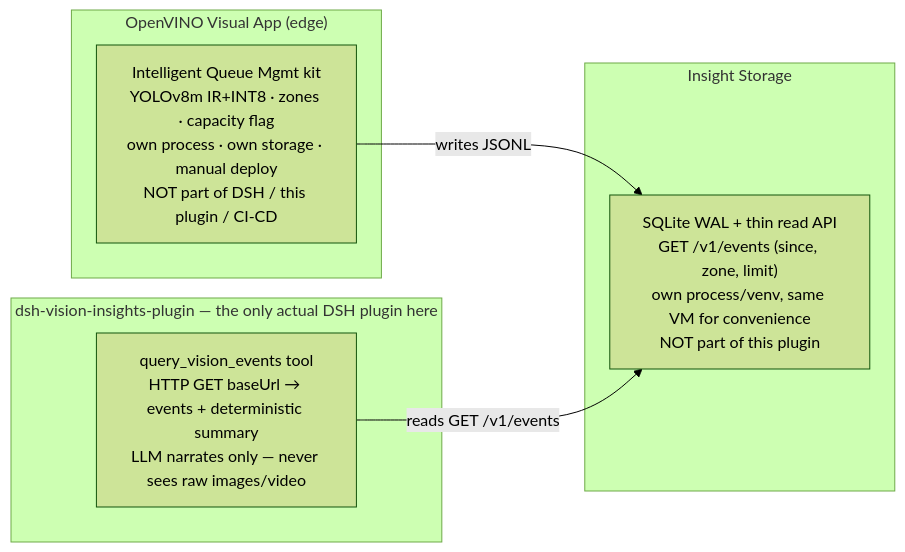
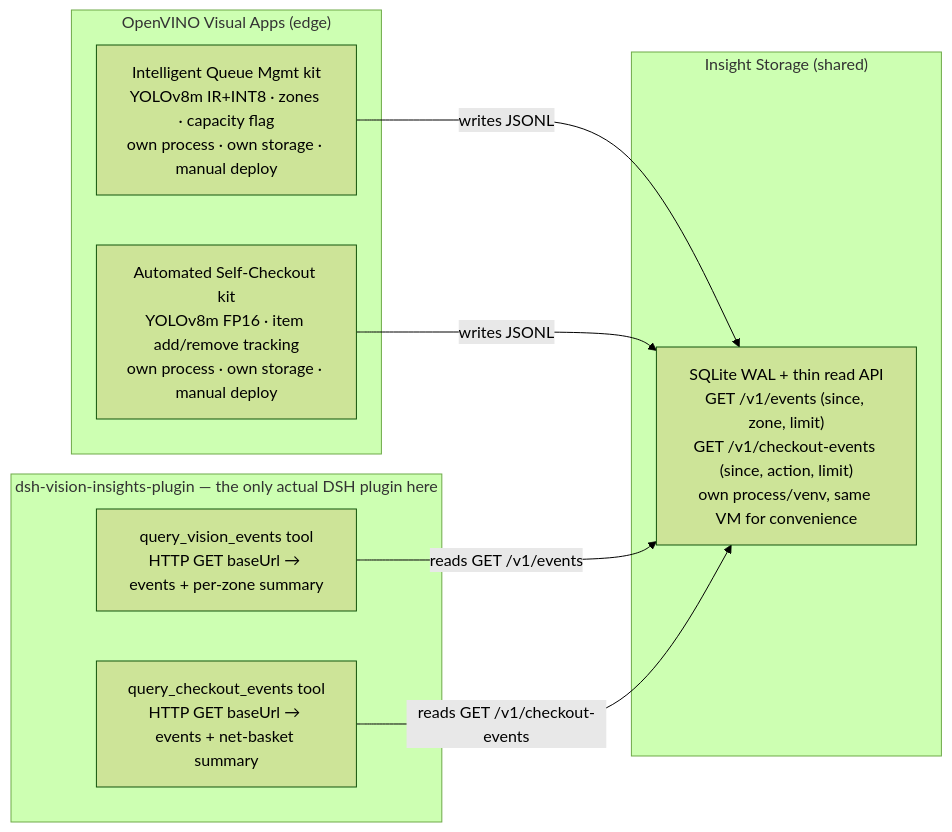
Before and after one commit to fmlin0429712024/linkhealth-dsh-platform: the diagram in plugins/dsh-vision-insights-plugin/README.md, drawn with Mermaid (forest theme). The commit also changed other lines of this file and 6 other files, not shown here.

First line of the commit message:
vision-insights: add query_checkout_events tool, resolve tool-routing design (Q2)

````diff
--- a/plugins/dsh-vision-insights-plugin/README.md
+++ b/plugins/dsh-vision-insights-plugin/README.md
@@ -14,17 +17,21 @@
 ```mermaid
 flowchart LR
-    subgraph edge["OpenVINO Visual App (edge)"]
-        A["Intelligent Queue Mgmt kit<br/>YOLOv8m IR+INT8 · zones · capacity flag<br/>own process · own storage · manual deploy<br/>NOT part of DSH / this plugin / CI-CD"]
+    subgraph edge["OpenVINO Visual Apps (edge)"]
+        A["Intelligent Queue Mgmt kit<br/>YOLOv8m IR+INT8 · zones · capacity flag<br/>own process · own storage · manual deploy"]
+        A2["Automated Self-Checkout kit<br/>YOLOv8m FP16 · item add/remove tracking<br/>own process · own storage · manual deploy"]
     end
 
-    subgraph storage["Insight Storage"]
-        B["SQLite WAL + thin read API<br/>GET /v1/events (since, zone, limit)<br/>own process/venv, same VM for convenience<br/>NOT part of this plugin"]
+    subgraph storage["Insight Storage (shared)"]
+        B["SQLite WAL + thin read API<br/>GET /v1/events (since, zone, limit)<br/>GET /v1/checkout-events (since, action, limit)<br/>own process/venv, same VM for convenience"]
     end
 
     subgraph dsh["dsh-vision-insights-plugin — the only actual DSH plugin here"]
-        C["query_vision_events tool<br/>HTTP GET baseUrl → events + deterministic summary<br/>LLM narrates only — never sees raw images/video"]
+        C["query_vision_events tool<br/>HTTP GET baseUrl → events + per-zone summary"]
+        C2["query_checkout_events tool<br/>HTTP GET baseUrl → events + net-basket summary"]
     end
 
     A -- "writes JSONL" --> B
+    A2 -- "writes JSONL" --> B
     C -- "reads GET /v1/events" --> B
+    C2 -- "reads GET /v1/checkout-events" --> B
 ```
````
